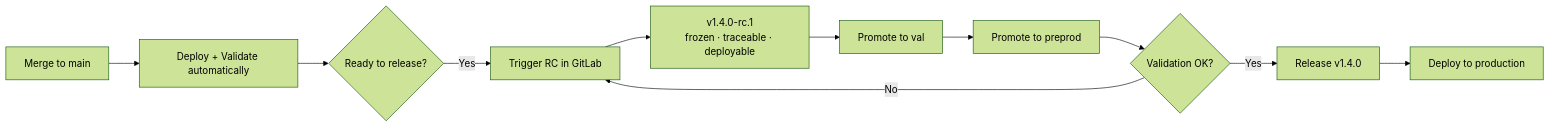
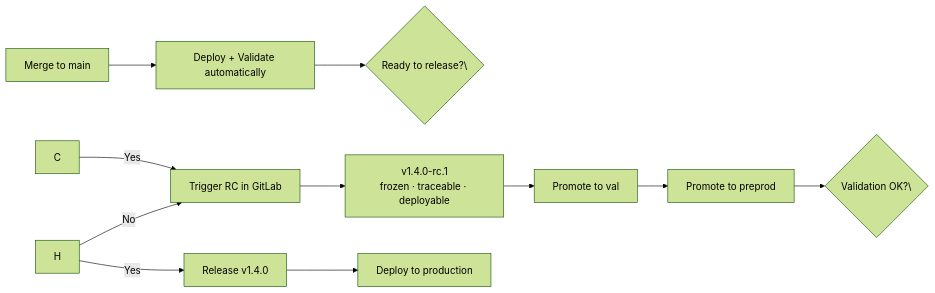
One commit to sunix/blog.sunix.org changed the third of 7 diagrams in content/posts/2026-04-16-trunk-based-development-gitlab-gitops.md/index.md. Above: the diagram before and after it, drawn with Mermaid (forest theme). The commit also changed other lines of this file, not shown here.

Commit message:
fix: escape curly braces in Mermaid decision nodes to prevent Qute template errors
Agent-Logs-Url: https://github.com/sunix/blog.sunix.org/sessions/67553078-9860-41ee-8e49-f2bae72fa651

````diff
--- a/content/posts/2026-04-16-trunk-based-development-gitlab-gitops.md/index.md
+++ b/content/posts/2026-04-16-trunk-based-development-gitlab-gitops.md/index.md
@@ -122,13 +122,13 @@
 ```mermaid
 flowchart LR
     A[Merge to main] --> B[Deploy + Validate automatically]
-    B --> C{Ready to release?}
+    B --> C\{Ready to release?\}
     C -- Yes --> D[Trigger RC in GitLab]
     D --> E[v1.4.0-rc.1\nfrozen · traceable · deployable]
     E --> F[Promote to val]
     F --> G[Promote to preprod]
-    G --> H{Validation OK?}
+    G --> H\{Validation OK?\}
     H -- Yes --> I[Release v1.4.0]
     I --> J[Deploy to production]
     H -- No --> D
 ```
````
